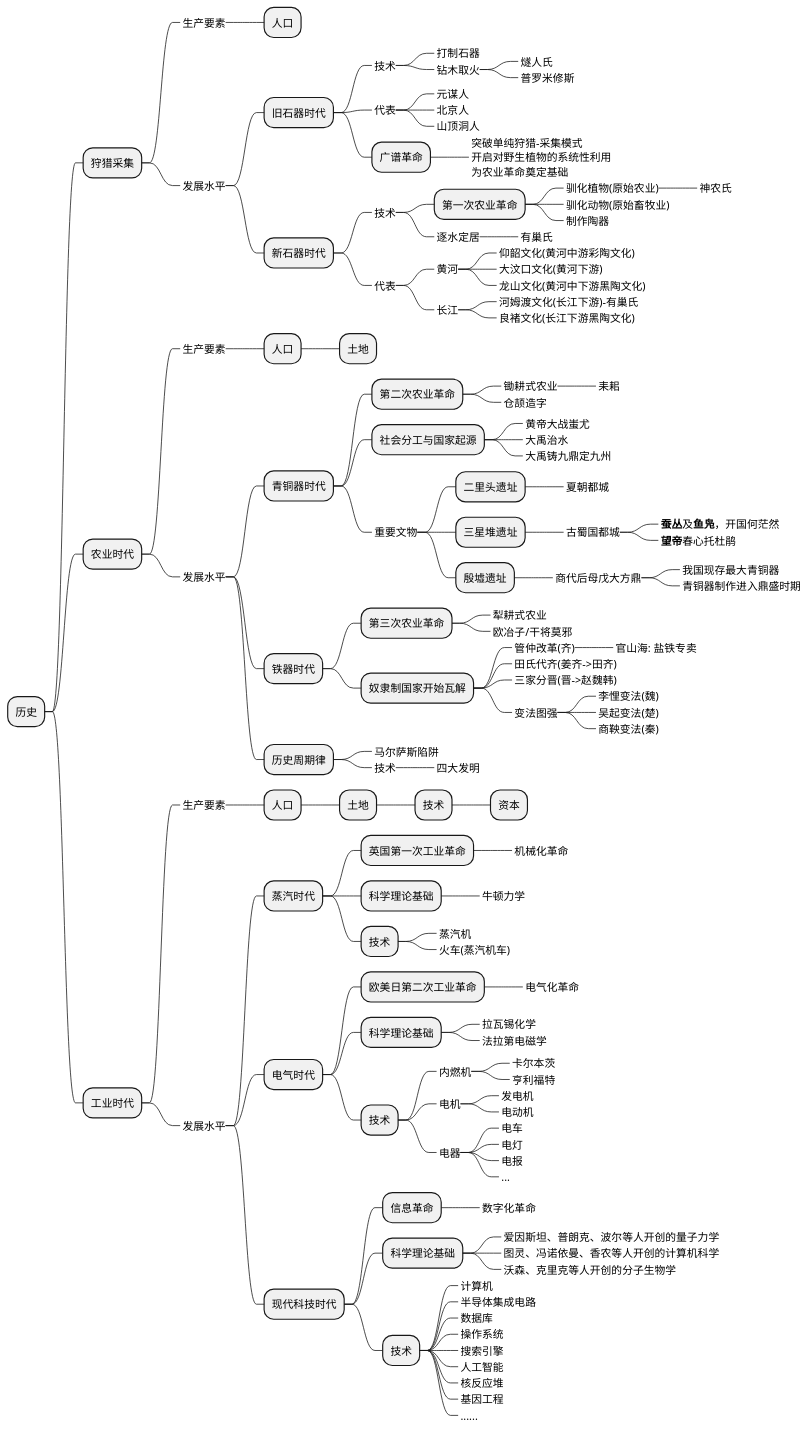
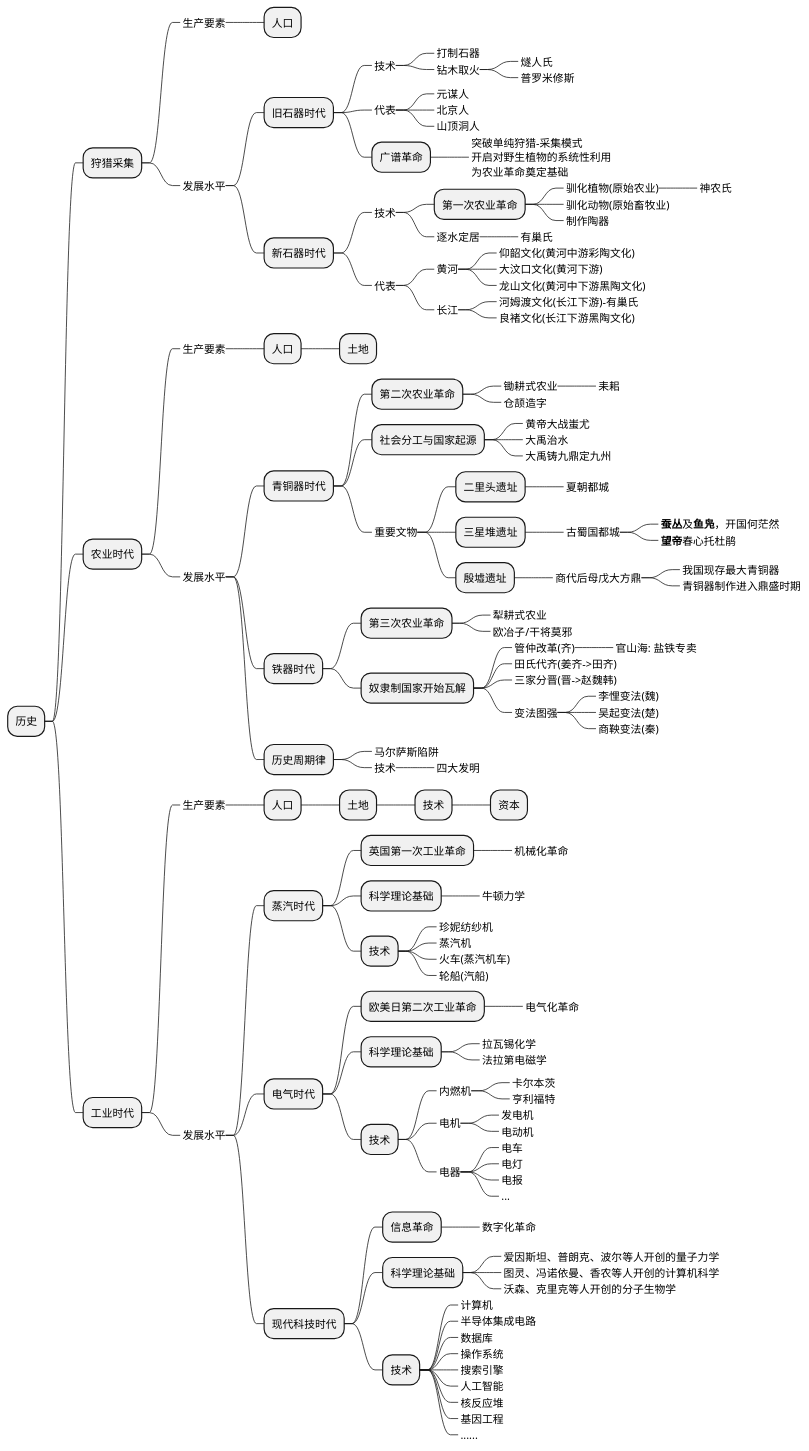
Before and after one commit to holmofy/blog.hufeifei.cn: the first of 2 diagrams in source/_posts/economic/economic_and_history.md, drawn with PlantUML.

```diff
--- a/source/_posts/economic/economic_and_history.md
+++ b/source/_posts/economic/economic_and_history.md
@@ -104,8 +104,10 @@
 +++++ 科学理论基础
 ++++++_ 牛顿力学
 +++++ 技术
+++++++_ 珍妮纺纱机
 ++++++_ 蒸汽机
 ++++++_ 火车(蒸汽机车)
+++++++_ 轮船(汽船)
 ++++ 电气时代
 +++++ 欧美日第二次工业革命
 ++++++_ 电气化革命
```
